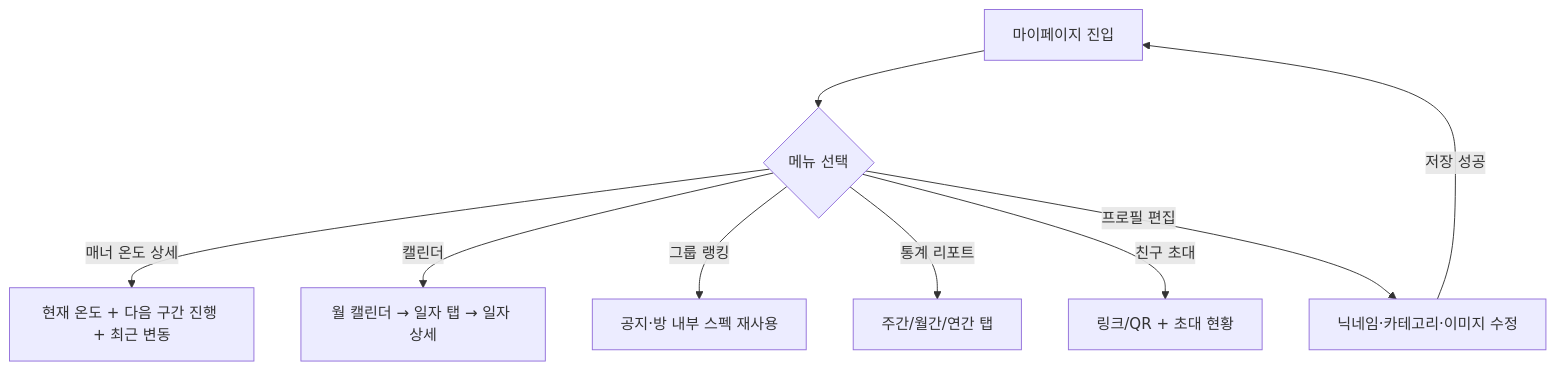
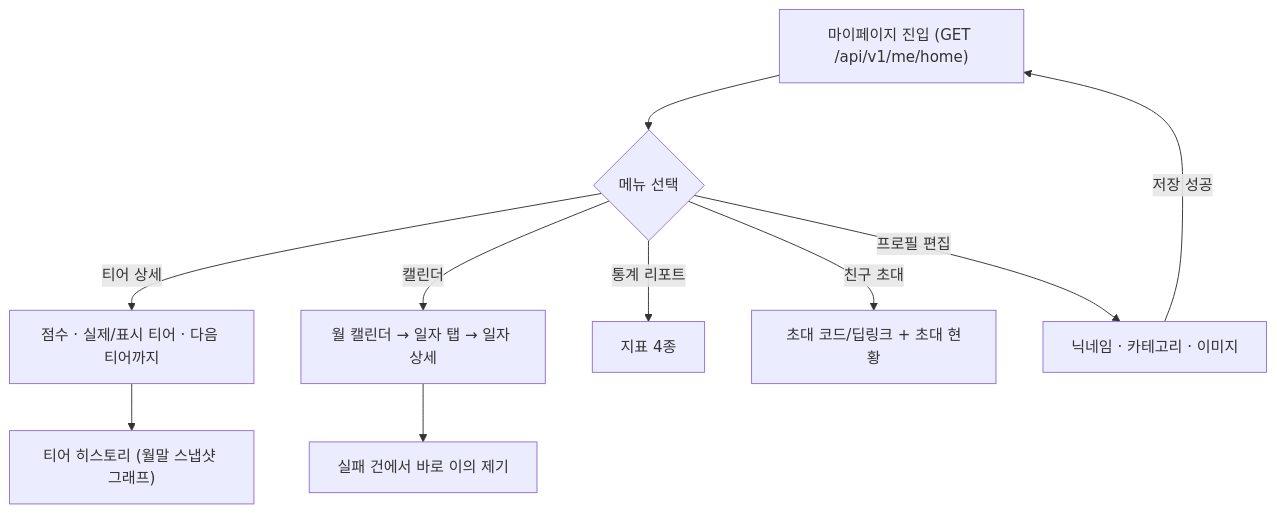
One commit to RuleUp-ASM/Backend changed the second of 4 diagrams in docs/profile/마이프로필_캘린더_테크스펙.md. Above: the diagram before and after it, drawn with Mermaid. The commit also changed other lines of this file and 7 other files, not shown here.

````diff
--- a/docs/profile/마이프로필_캘린더_테크스펙.md
+++ b/docs/profile/마이프로필_캘린더_테크스펙.md
@@ -64,12 +78,13 @@
 ```mermaid
 flowchart TD
-    B["마이페이지 진입"]
+    B["마이페이지 진입 (GET /api/v1/me/home)"]
     B --> C{"메뉴 선택"}
-    C -->|"매너 온도 상세"| D["현재 온도 + 다음 구간 진행 + 최근 변동"]
+    C -->|"티어 상세"| D["점수 · 실제/표시 티어 · 다음 티어까지"]
+    D --> D2["티어 히스토리 (월말 스냅샷 그래프)"]
     C -->|"캘린더"| E["월 캘린더 → 일자 탭 → 일자 상세"]
-    C -->|"그룹 랭킹"| F["공지·방 내부 스펙 재사용"]
-    C -->|"통계 리포트"| G["주간/월간/연간 탭"]
-    C -->|"친구 초대"| H["링크/QR + 초대 현황"]
-    C -->|"프로필 편집"| J["닉네임·카테고리·이미지 수정"]
+    E --> E2["실패 건에서 바로 이의 제기"]
+    C -->|"통계 리포트"| G["지표 4종"]
+    C -->|"친구 초대"| H["초대 코드/딥링크 + 초대 현황"]
+    C -->|"프로필 편집"| J["닉네임 · 카테고리 · 이미지"]
     J -->|"저장 성공"| B
 ```
````
